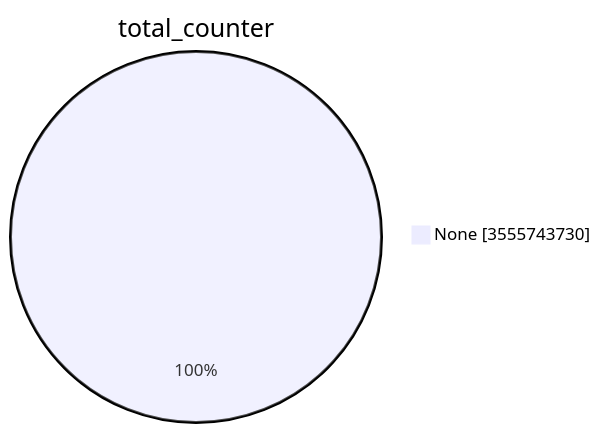
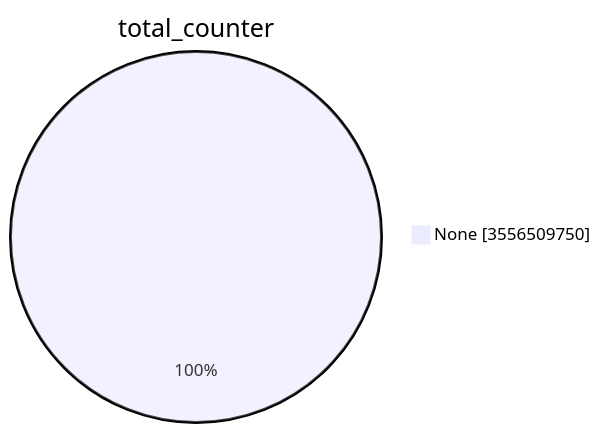
One commit to christiankrug/ctmonitor_visualization changed the first of 15 diagrams in TOTAL/README.md. Above: the diagram before and after it, drawn with Mermaid. The commit also changed other lines of this file, not shown here.

````diff
--- a/TOTAL/README.md
+++ b/TOTAL/README.md
@@ -1,5 +1,5 @@
 ```mermaid
 pie showData
 title total_counter
-"None" :3555743730
+"None" :3556509750
 ```
````
